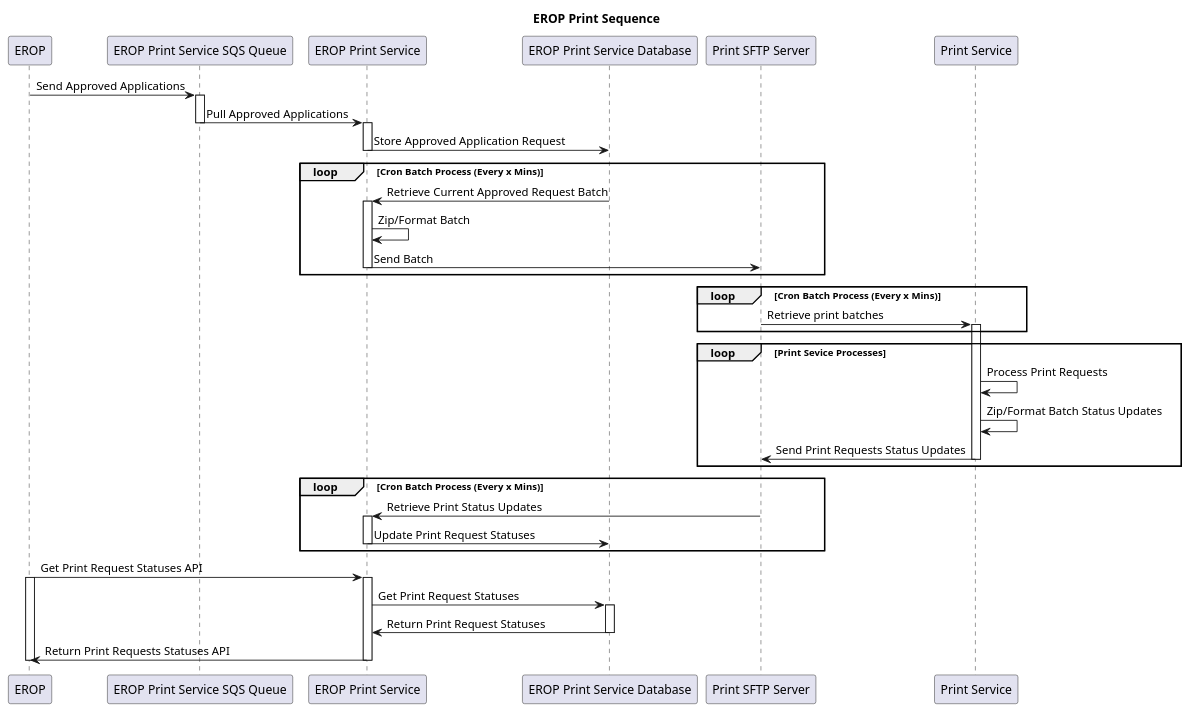
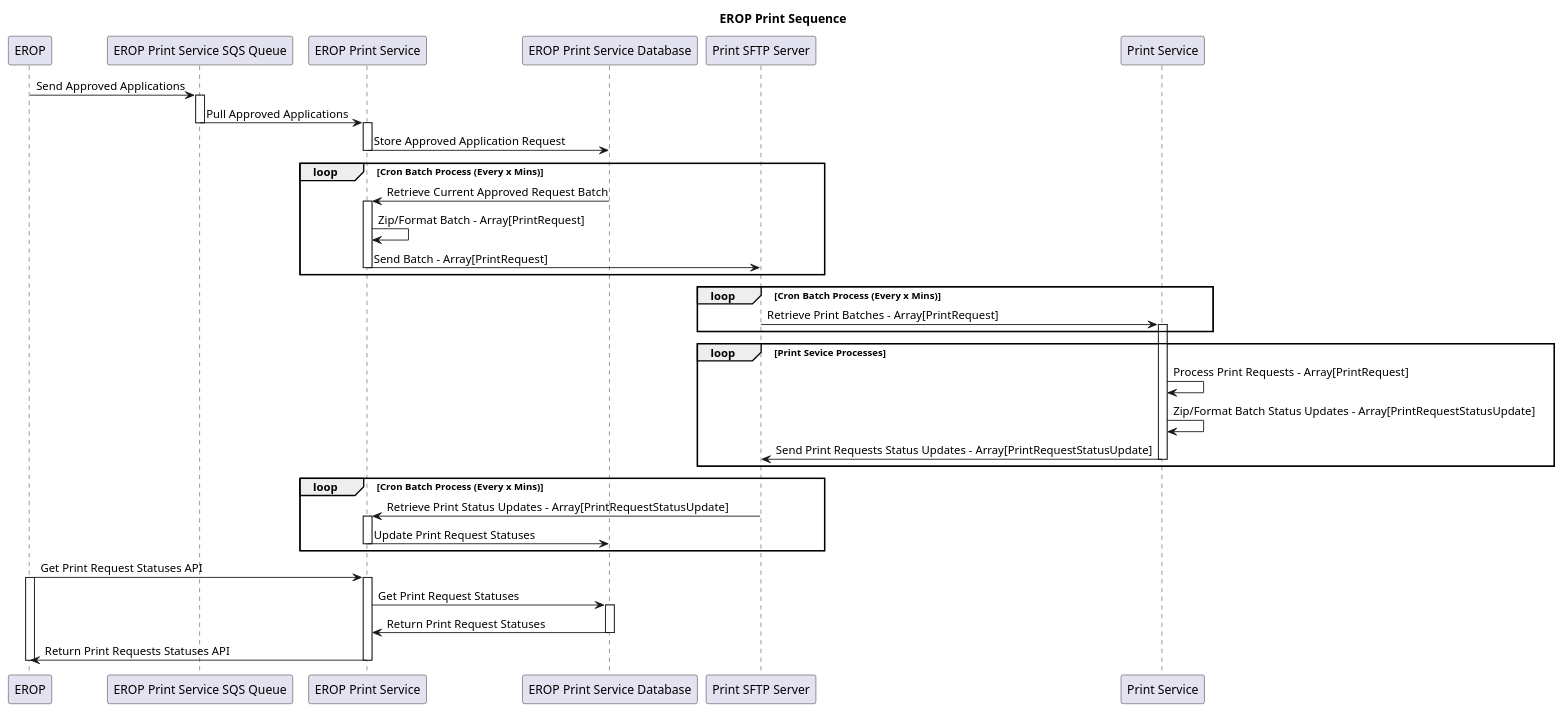
One commit to communitiesuk/eip-ero-print-api changed the diagram in architecture/diagrams/print-sequence.plantuml. Above: the diagram before and after it, drawn with PlantUML. The commit also changed 3 other files, not shown here.

Commit message:
Draft title and 0.0.1 version, model names added to sequence

```diff
--- a/architecture/diagrams/print-sequence.plantuml
+++ b/architecture/diagrams/print-sequence.plantuml
@@ -1,60 +1,60 @@
 @startuml
 
 title EROP Print Sequence
 
 participant EROP
 participant "EROP Print Service SQS Queue"
 participant "EROP Print Service"
 participant "EROP Print Service Database"
 participant "Print SFTP Server"
 participant "Print Service"
 
 
 EROP->"EROP Print Service SQS Queue": Send Approved Applications
 activate "EROP Print Service SQS Queue"
 "EROP Print Service SQS Queue"->"EROP Print Service": Pull Approved Applications
 deactivate "EROP Print Service SQS Queue"
 activate "EROP Print Service"
 "EROP Print Service"->"EROP Print Service Database": Store Approved Application Request
 deactivate "EROP Print Service"
 
 loop Cron Batch Process (Every x Mins)
     "EROP Print Service"<-"EROP Print Service Database": Retrieve Current Approved Request Batch
     activate "EROP Print Service"
-    "EROP Print Service"->"EROP Print Service": Zip/Format Batch
-    "EROP Print Service"->"Print SFTP Server": Send Batch
+    "EROP Print Service"->"EROP Print Service": Zip/Format Batch - Array[PrintRequest]
+    "EROP Print Service"->"Print SFTP Server": Send Batch - Array[PrintRequest]
     deactivate "EROP Print Service"
 end loop
 
 loop Cron Batch Process (Every x Mins)
-    "Print Service"<-"Print SFTP Server": Retrieve print batches
+    "Print Service"<-"Print SFTP Server": Retrieve Print Batches - Array[PrintRequest]
     activate "Print Service"
 end loop
 
 loop Print Sevice Processes
-    "Print Service"->"Print Service": Process Print Requests
-    "Print Service"->"Print Service": Zip/Format Batch Status Updates
-    "Print Service"->"Print SFTP Server": Send Print Requests Status Updates
+    "Print Service"->"Print Service": Process Print Requests - Array[PrintRequest]
+    "Print Service"->"Print Service": Zip/Format Batch Status Updates - Array[PrintRequestStatusUpdate]
+    "Print Service"->"Print SFTP Server": Send Print Requests Status Updates - Array[PrintRequestStatusUpdate]
     deactivate "Print Service"
 end loop
 
 loop Cron Batch Process (Every x Mins)
-    "EROP Print Service"<-"Print SFTP Server": Retrieve Print Status Updates
+    "EROP Print Service"<-"Print SFTP Server": Retrieve Print Status Updates - Array[PrintRequestStatusUpdate]
     activate "EROP Print Service"
     "EROP Print Service"->"EROP Print Service Database": Update Print Request Statuses
     deactivate "EROP Print Service"
 end loop
 
 "EROP"->"EROP Print Service": Get Print Request Statuses API
 activate "EROP"
 activate "EROP Print Service"
 "EROP Print Service"->"EROP Print Service Database": Get Print Request Statuses
 activate "EROP Print Service Database"
 "EROP Print Service"<-"EROP Print Service Database": Return Print Request Statuses
 deactivate "EROP Print Service Database"
 "EROP Print Service"->"EROP": Return Print Requests Statuses API
 deactivate "EROP Print Service"
 deactivate "EROP"
 
 
 @enduml
```
